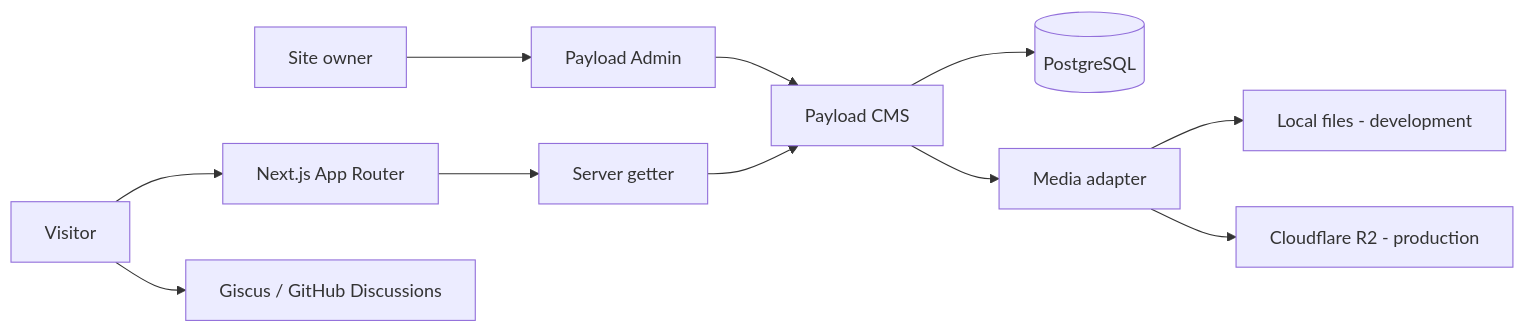
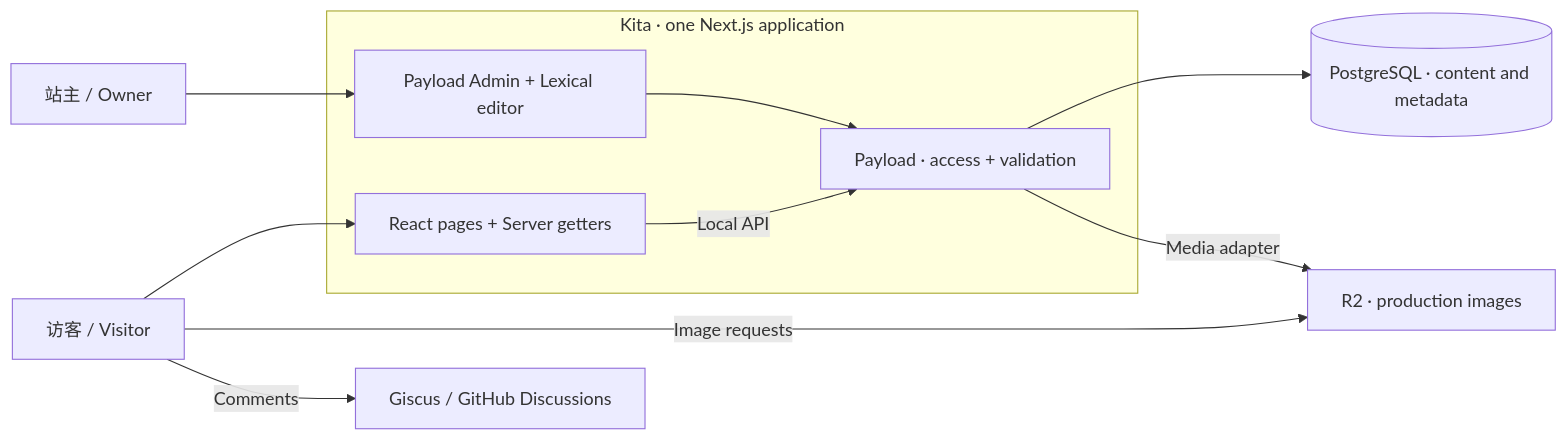
One commit to koharu4ever/Kita changed the diagram in README.md. Above: the diagram before and after it, drawn with Mermaid. The commit also changed other lines of this file and 10 other files, not shown here.

Commit message:
docs: showcase Kita with screenshots and architecture guide

````diff
--- a/README.md
+++ b/README.md
@@ -56,13 +86,13 @@
 ```mermaid
 flowchart LR
-  Visitor[Visitor] --> App[Next.js App Router]
-  Owner[Site owner] --> Admin[Payload Admin]
-  Admin --> Payload[Payload CMS]
-  App --> Getter[Server getter]
-  Getter --> Payload
-  Payload --> Database[(PostgreSQL)]
-  Payload --> Media[Media adapter]
-  Media --> Local[Local files - development]
-  Media --> R2[Cloudflare R2 - production]
-  Visitor --> Comments[Giscus / GitHub Discussions]
+  Visitor["访客 / Visitor"] --> Site
+  Owner["站主 / Owner"] --> Admin
+  subgraph App["Kita · one Next.js application"]
+    Site["React pages + Server getters"] -->|Local API| CMS["Payload · access + validation"]
+    Admin["Payload Admin + Lexical editor"] --> CMS
+  end
+  CMS --> DB[("PostgreSQL · content and metadata")]
+  CMS -->|Media adapter| R2["R2 · production images"]
+  Visitor -->|Image requests| R2
+  Visitor -->|Comments| Giscus["Giscus / GitHub Discussions"]
 ```
````
